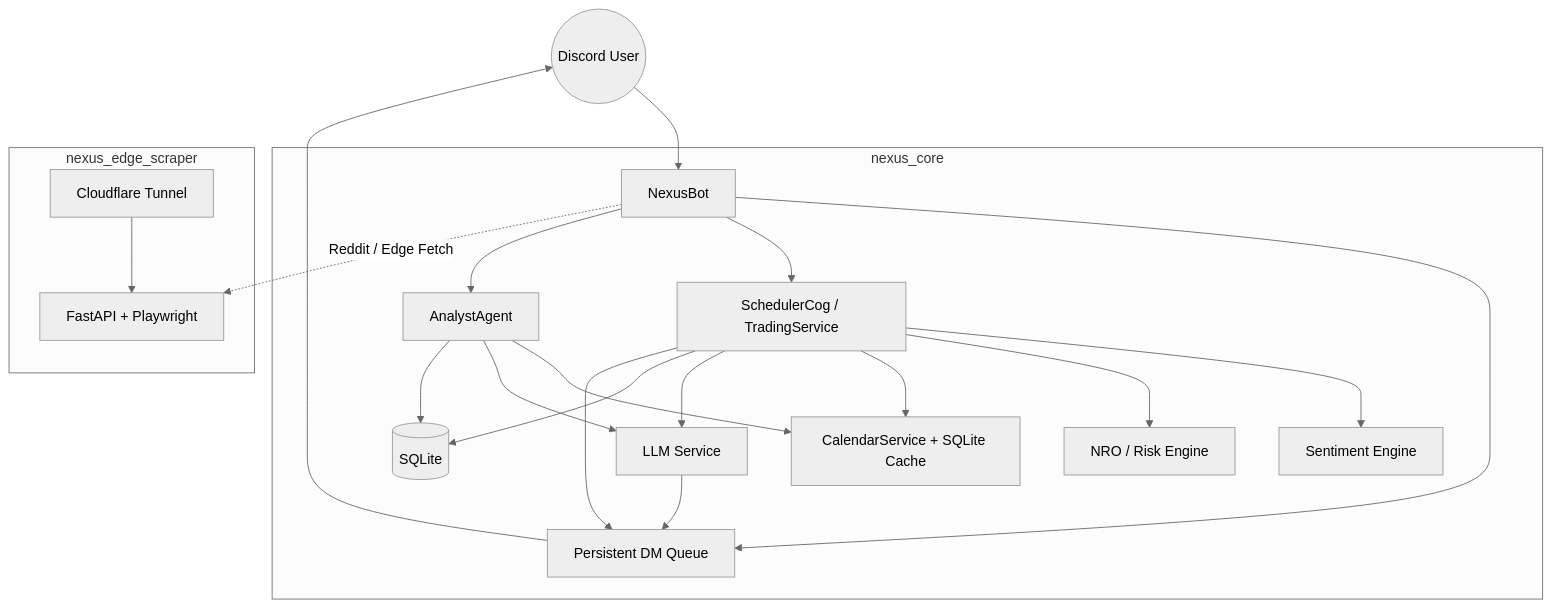
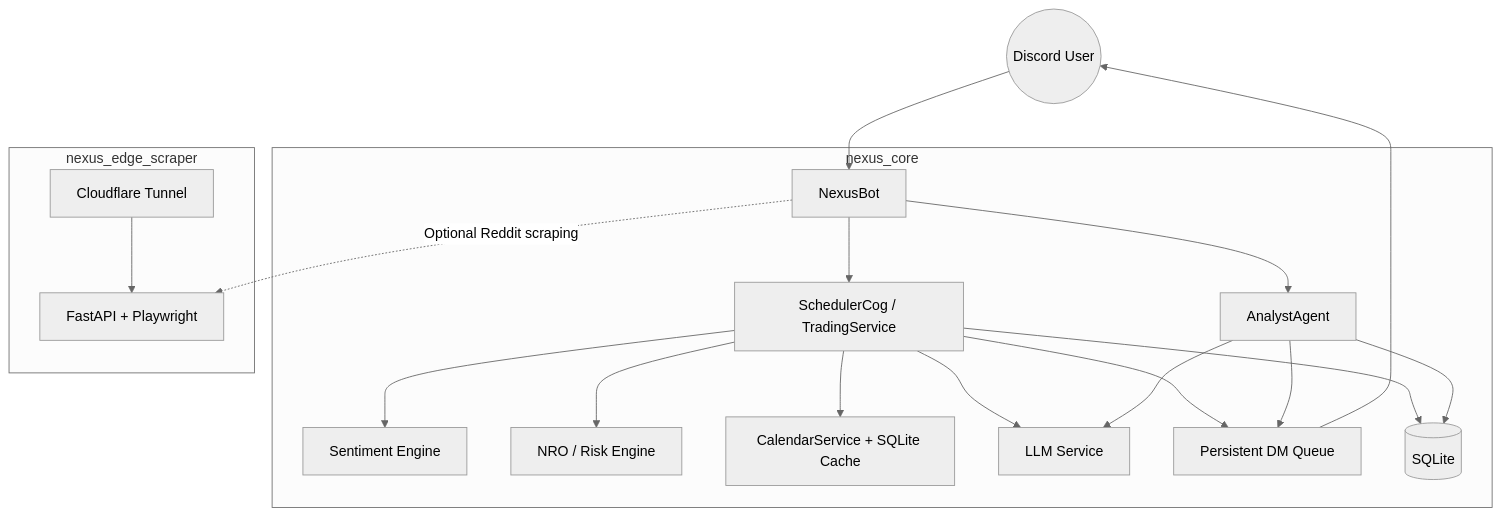
The diagram in README.md (cosmo-chang-1701/nexus-seeker), drawn with Mermaid (neutral theme) before and after one commit. The commit also changed other lines of this file, not shown here.

````diff
--- a/README.md
+++ b/README.md
@@ -34,39 +18,37 @@
 ```mermaid
 graph TD
     User((Discord User))
 
     subgraph Core[nexus_core]
         Bot[NexusBot]
-        Queue[Persistent DM Queue]
         Trading[SchedulerCog / TradingService]
         Analyst[AnalystAgent]
         Sentiment[Sentiment Engine]
         NRO[NRO / Risk Engine]
         Calendar[CalendarService + SQLite Cache]
         LLM[LLM Service]
+        Queue[Persistent DM Queue]
         DB[(SQLite)]
     end
 
     subgraph Edge[nexus_edge_scraper]
         EdgeAPI[FastAPI + Playwright]
         Tunnel[Cloudflare Tunnel]
     end
 
     User --> Bot
-    Bot --> Queue
     Bot --> Trading
     Bot --> Analyst
     Trading --> Sentiment
     Trading --> NRO
     Trading --> Calendar
     Trading --> LLM
+    Trading --> Queue
+    Analyst --> LLM
+    Analyst --> Queue
+    Queue --> User
+    Bot -. Optional Reddit scraping .-> EdgeAPI
+    Tunnel --> EdgeAPI
     Trading --> DB
-    Analyst --> Calendar
-    Analyst --> LLM
     Analyst --> DB
-    LLM --> Queue
-    Trading --> Queue
-    Queue --> User
-    Bot -. Reddit / Edge Fetch .-> EdgeAPI
-    Tunnel --> EdgeAPI
 ```
````
